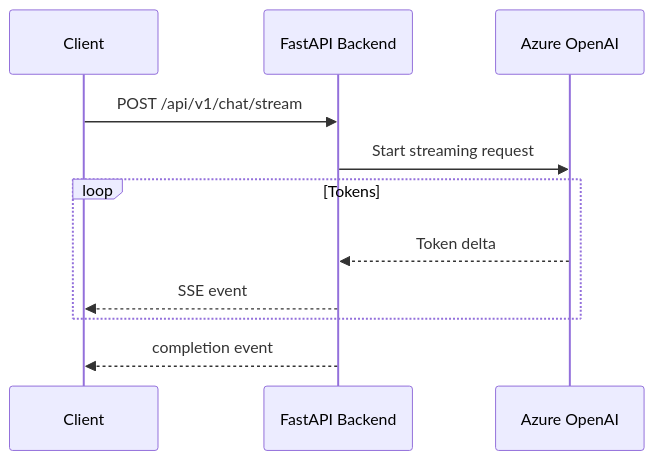
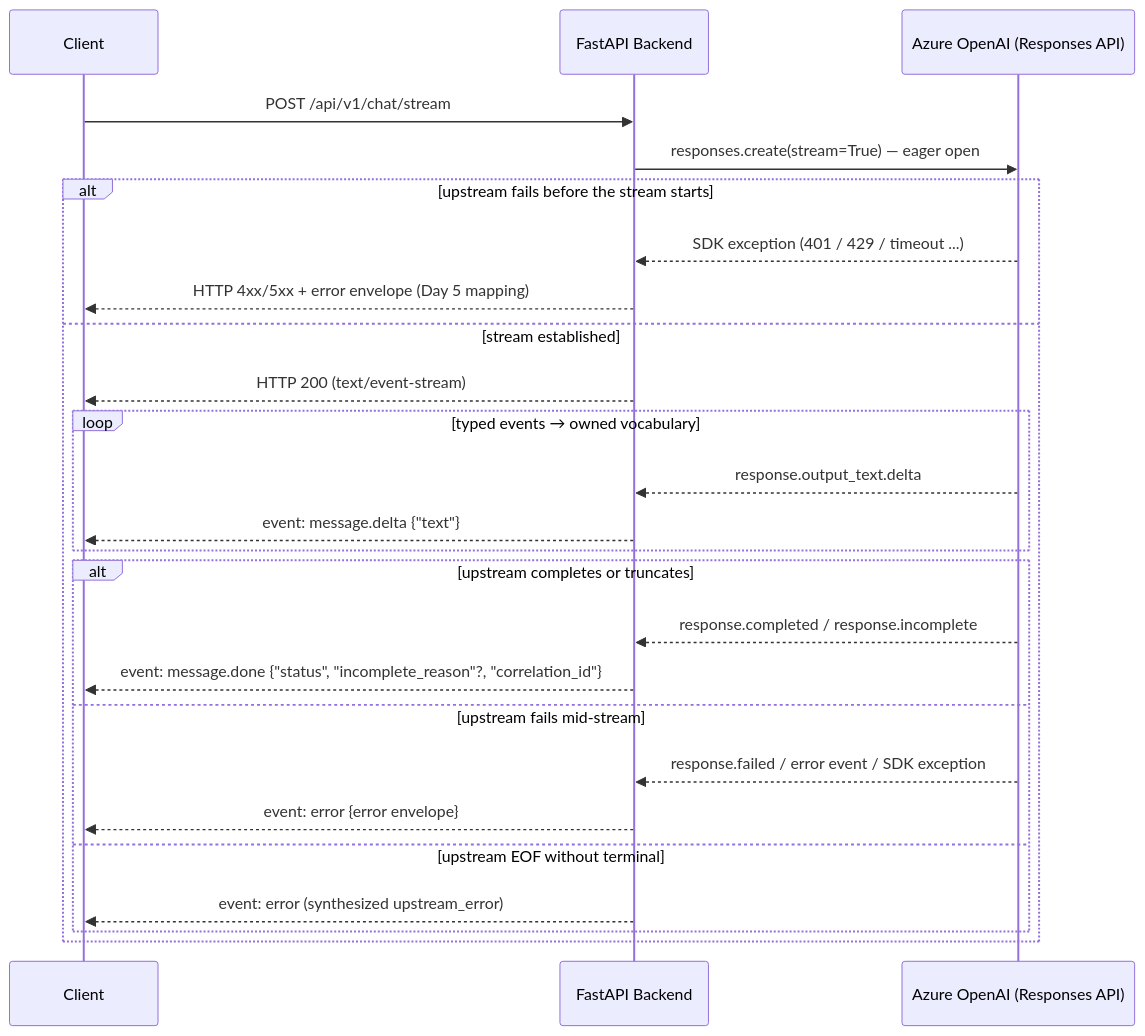
One commit to kehao-playground/azure-genai-backend-lab changed the diagram in docs/diagrams/streaming-sequence.md. Above: the diagram before and after it, drawn with Mermaid. The commit also changed other lines of this file and 3 other files, not shown here.

First line of the commit message:
docs: address Day 6 review r01 — refresh stale docs, clean OpenAPI 200

````diff
--- a/docs/diagrams/streaming-sequence.md
+++ b/docs/diagrams/streaming-sequence.md
@@ -3,14 +8,28 @@
 ```mermaid
 sequenceDiagram
     participant Client
     participant API as FastAPI Backend
-    participant LLM as Azure OpenAI
+    participant LLM as Azure OpenAI (Responses API)
 
     Client->>API: POST /api/v1/chat/stream
-    API->>LLM: Start streaming request
-    loop Tokens
-        LLM-->>API: Token delta
-        API-->>Client: SSE event
+    API->>LLM: responses.create(stream=True) — eager open
+    alt upstream fails before the stream starts
+        LLM-->>API: SDK exception (401 / 429 / timeout ...)
+        API-->>Client: HTTP 4xx/5xx + error envelope (Day 5 mapping)
+    else stream established
+        API-->>Client: HTTP 200 (text/event-stream)
+        loop typed events → owned vocabulary
+            LLM-->>API: response.output_text.delta
+            API-->>Client: event: message.delta {"text"}
+        end
+        alt upstream completes or truncates
+            LLM-->>API: response.completed / response.incomplete
+            API-->>Client: event: message.done {"status", "incomplete_reason"?, "correlation_id"}
+        else upstream fails mid-stream
+            LLM-->>API: response.failed / error event / SDK exception
+            API-->>Client: event: error {error envelope}
+        else upstream EOF without terminal
+            API-->>Client: event: error (synthesized upstream_error)
+        end
     end
-    API-->>Client: completion event
 ```
````
